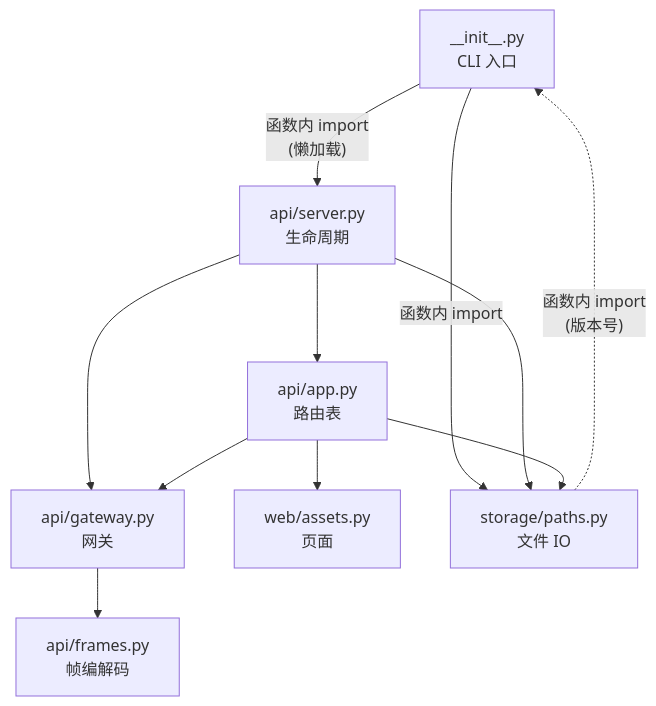
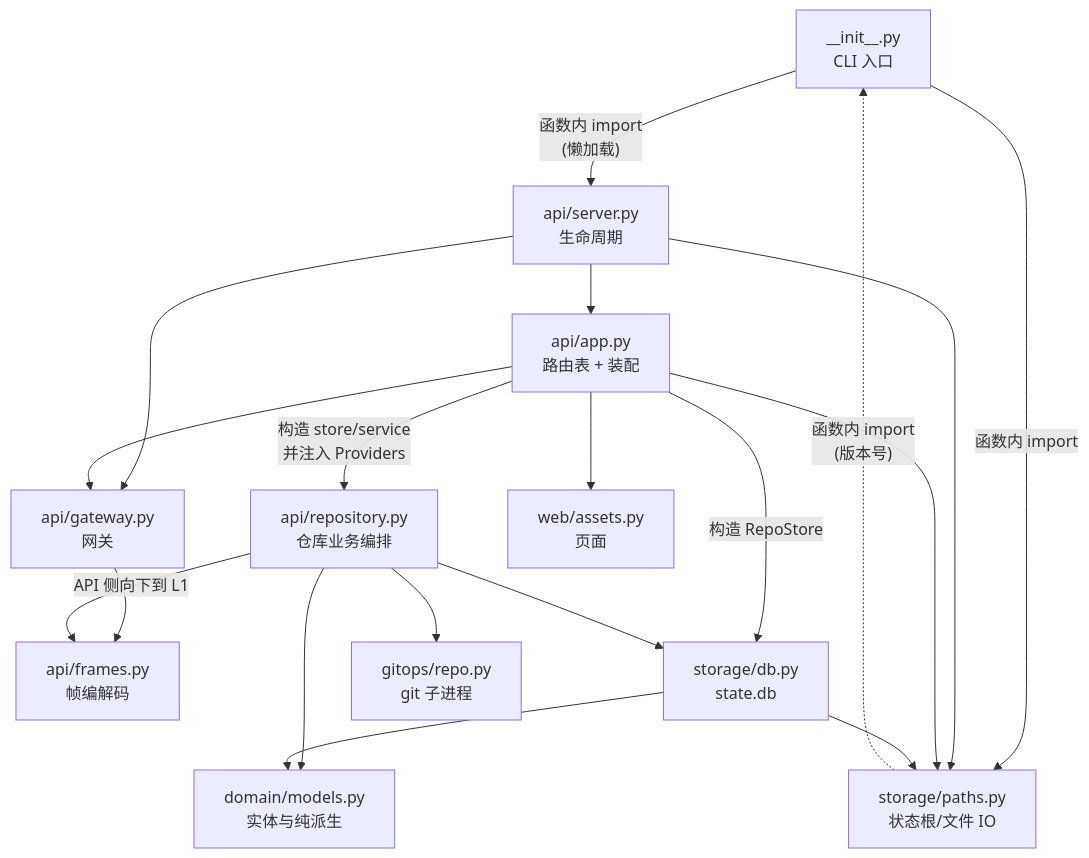
The diagram in docs/codemap/02-layers.md (postel-studio/postel-studio), drawn with Mermaid before and after one commit. The commit also changed other lines of this file and 25 other files, not shown here.

````diff
--- a/docs/codemap/02-layers.md
+++ b/docs/codemap/02-layers.md
@@ -29,21 +36,33 @@
 ```mermaid
 graph TD
     CLI["__init__.py<br/>CLI 入口"]
     SRV["api/server.py<br/>生命周期"]
-    APP["api/app.py<br/>路由表"]
+    APP["api/app.py<br/>路由表 + 装配"]
     GW["api/gateway.py<br/>网关"]
     FR["api/frames.py<br/>帧编解码"]
+    RS["api/repository.py<br/>仓库业务编排"]
     AS["web/assets.py<br/>页面"]
-    PA["storage/paths.py<br/>文件 IO"]
+    DB["storage/db.py<br/>state.db"]
+    PA["storage/paths.py<br/>状态根/文件 IO"]
+    GO["gitops/repo.py<br/>git 子进程"]
+    DM["domain/models.py<br/>实体与纯派生"]
 
     CLI -->|"函数内 import<br/>(懒加载)"| SRV
     CLI -->|"函数内 import"| PA
     SRV --> APP
     SRV --> GW
     SRV --> PA
     APP --> GW
     APP --> PA
     APP --> AS
+    APP -->|"构造 store/service<br/>并注入 Providers"| RS
+    APP -->|"构造 RepoStore"| DB
     GW --> FR
+    RS -->|"API 侧向下到 L1"| FR
+    RS --> DB
+    RS --> GO
+    RS --> DM
+    DB --> PA
+    DB --> DM
     PA -.->|"函数内 import<br/>(版本号)"| CLI
 ```
````
